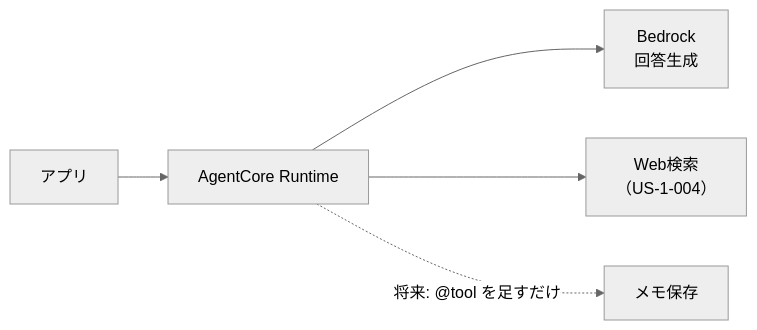
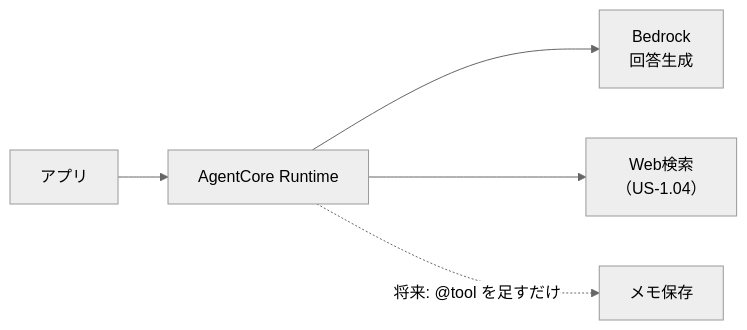
The diagram in docs/00_user_stories.md (h-akira/TouringProject), drawn with Mermaid (neutral theme) before and after one commit. The commit also changed other lines of this file and 3 other files, not shown here.

````diff
--- a/docs/00_user_stories.md
+++ b/docs/00_user_stories.md
@@ -133,7 +135,7 @@
 ```mermaid
 flowchart LR
     A["アプリ"] --> R["AgentCore Runtime"]
     R --> B["Bedrock<br/>回答生成"]
-    R --> W["Web検索<br/>（US-1-004）"]
+    R --> W["Web検索<br/>（US-1.04）"]
     R -.->|"将来: @tool を足すだけ"| T["メモ保存"]
 ```
````
